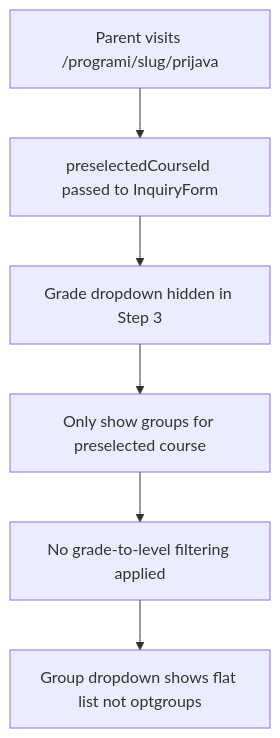
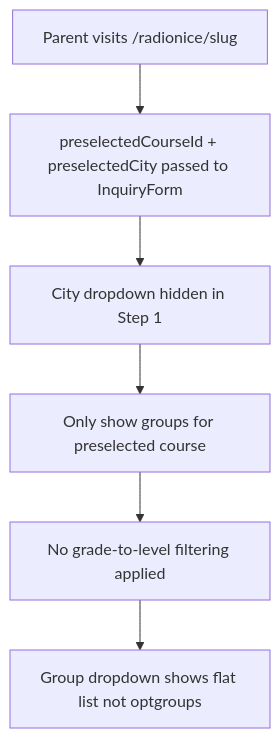
Before and after one commit to jpucic00/inovatic: the tenth of 15 diagrams in docs/diagrams/enrollment-rules.md, drawn with Mermaid. The commit also changed other lines of this file and 135 other files, not shown here.

````diff
--- a/docs/diagrams/enrollment-rules.md
+++ b/docs/diagrams/enrollment-rules.md
@@ -322,8 +327,8 @@
 ```mermaid
 flowchart TD
-    A["Parent visits /programi/slug/prijava"] --> B[preselectedCourseId passed to InquiryForm]
-    B --> C[Grade dropdown hidden in Step 3]
+    A["Parent visits /radionice/slug"] --> B[preselectedCourseId + preselectedCity passed to InquiryForm]
+    B --> C[City dropdown hidden in Step 1]
     C --> D[Only show groups for preselected course]
     D --> E[No grade-to-level filtering applied]
     E --> F[Group dropdown shows flat list not optgroups]
 ```
````
